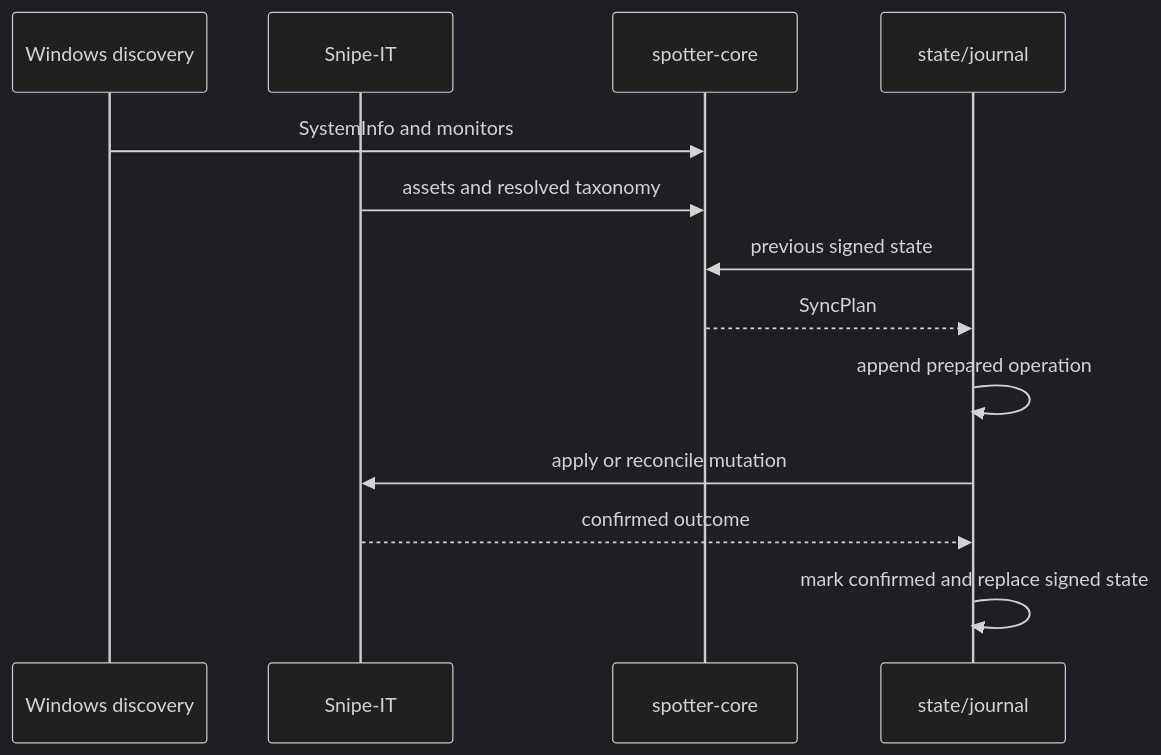
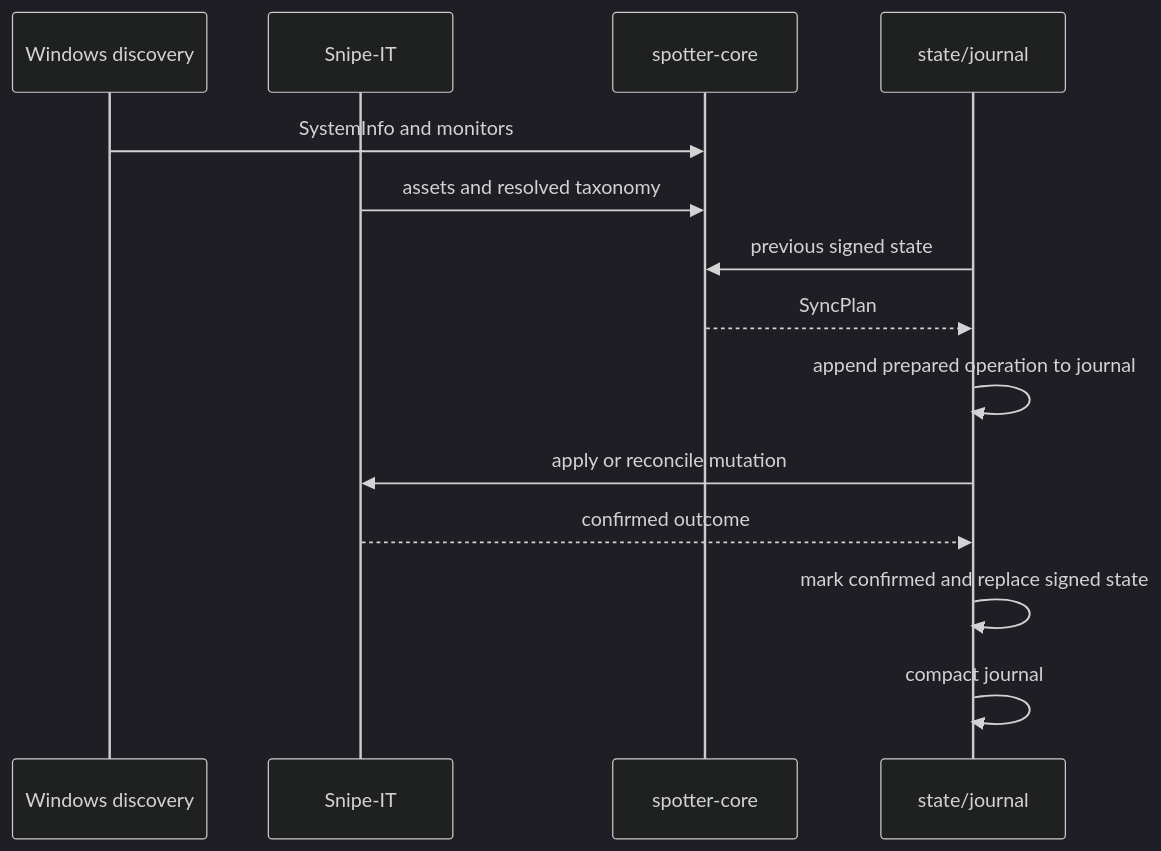
Before and after one commit to infogyre/SnipeSpotter: the third of 3 diagrams in docs/architecture.md, drawn with Mermaid (dark theme). The commit also changed other lines of this file and 3 other files, not shown here.

````diff
--- a/docs/architecture.md
+++ b/docs/architecture.md
@@ -43,15 +102,16 @@
 ```mermaid
 sequenceDiagram
-  participant HW as Windows discovery
-  participant API as Snipe-IT
-  participant Core as spotter-core
-  participant Store as state/journal
-  HW->>Core: SystemInfo and monitors
-  API->>Core: assets and resolved taxonomy
-  Store->>Core: previous signed state
-  Core-->>Store: SyncPlan
-  Store->>Store: append prepared operation
-  Store->>API: apply or reconcile mutation
-  API-->>Store: confirmed outcome
-  Store->>Store: mark confirmed and replace signed state
+    participant HW as Windows discovery
+    participant API as Snipe-IT
+    participant Core as spotter-core
+    participant Store as state/journal
+    HW->>Core: SystemInfo and monitors
+    API->>Core: assets and resolved taxonomy
+    Store->>Core: previous signed state
+    Core-->>Store: SyncPlan
+    Store->>Store: append prepared operation to journal
+    Store->>API: apply or reconcile mutation
+    API-->>Store: confirmed outcome
+    Store->>Store: mark confirmed and replace signed state
+    Store->>Store: compact journal
 ```
````
